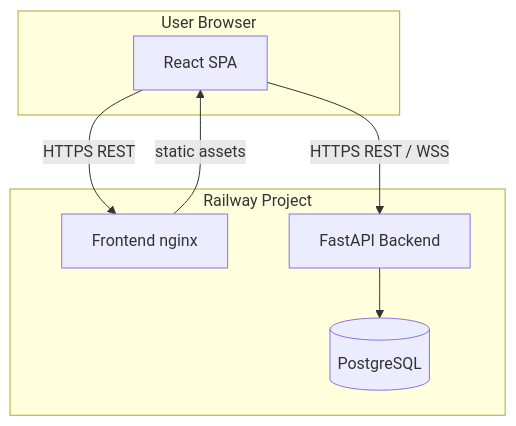
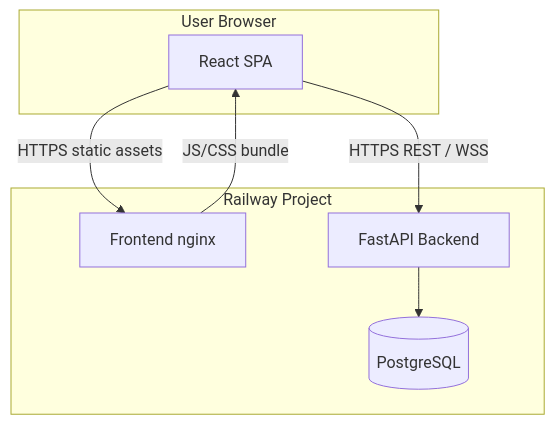
The first of 7 diagrams in Day 15/docs/ARCHITECTURE.md (akash-inc/coe_training), drawn with Mermaid before and after one commit. The commit also changed other lines of this file and 4 other files, not shown here.

````diff
--- a/Day 15/docs/ARCHITECTURE.md
+++ b/Day 15/docs/ARCHITECTURE.md
@@ -9,17 +9,17 @@
 ```mermaid
 flowchart TB
   subgraph user [User Browser]
     SPA[React SPA]
   end
 
   subgraph railway [Railway Project]
     FE[Frontend nginx]
     API[FastAPI Backend]
     PG[(PostgreSQL)]
   end
 
-  SPA -->|HTTPS REST| FE
+  SPA -->|HTTPS static assets| FE
+  FE -->|JS/CSS bundle| SPA
   SPA -->|HTTPS REST / WSS| API
-  FE -->|static assets| SPA
   API --> PG
 ```
````
